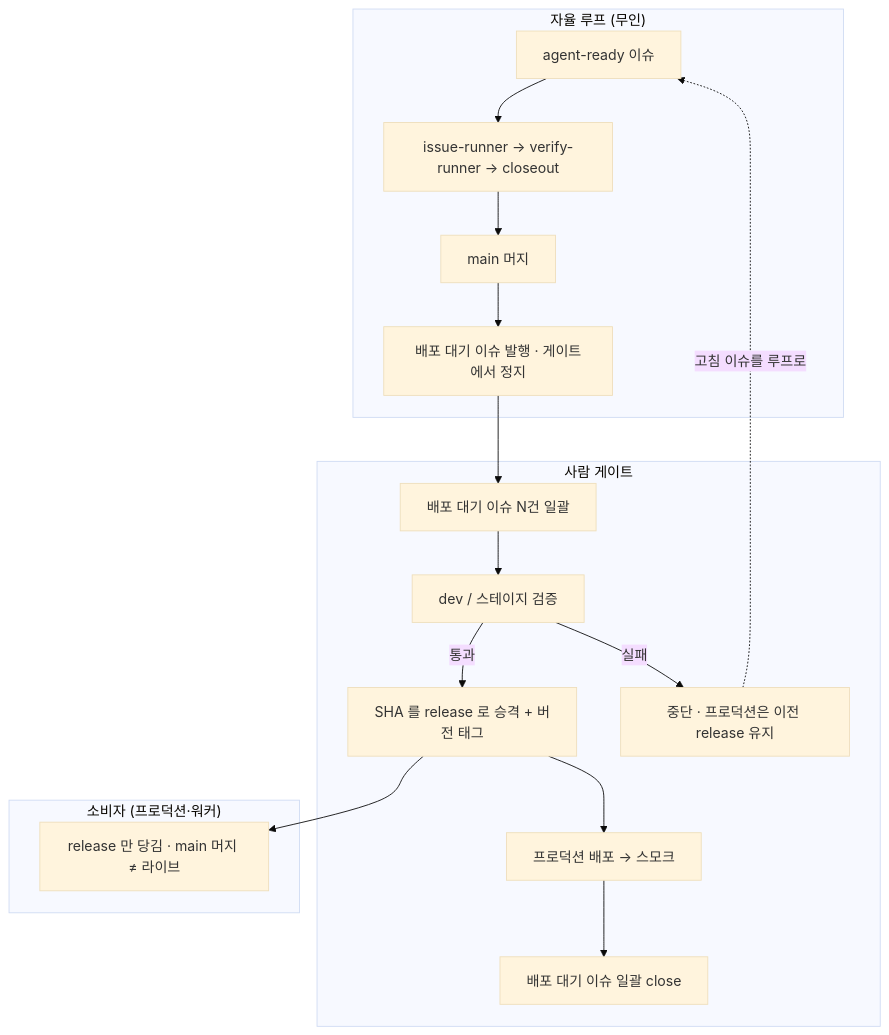
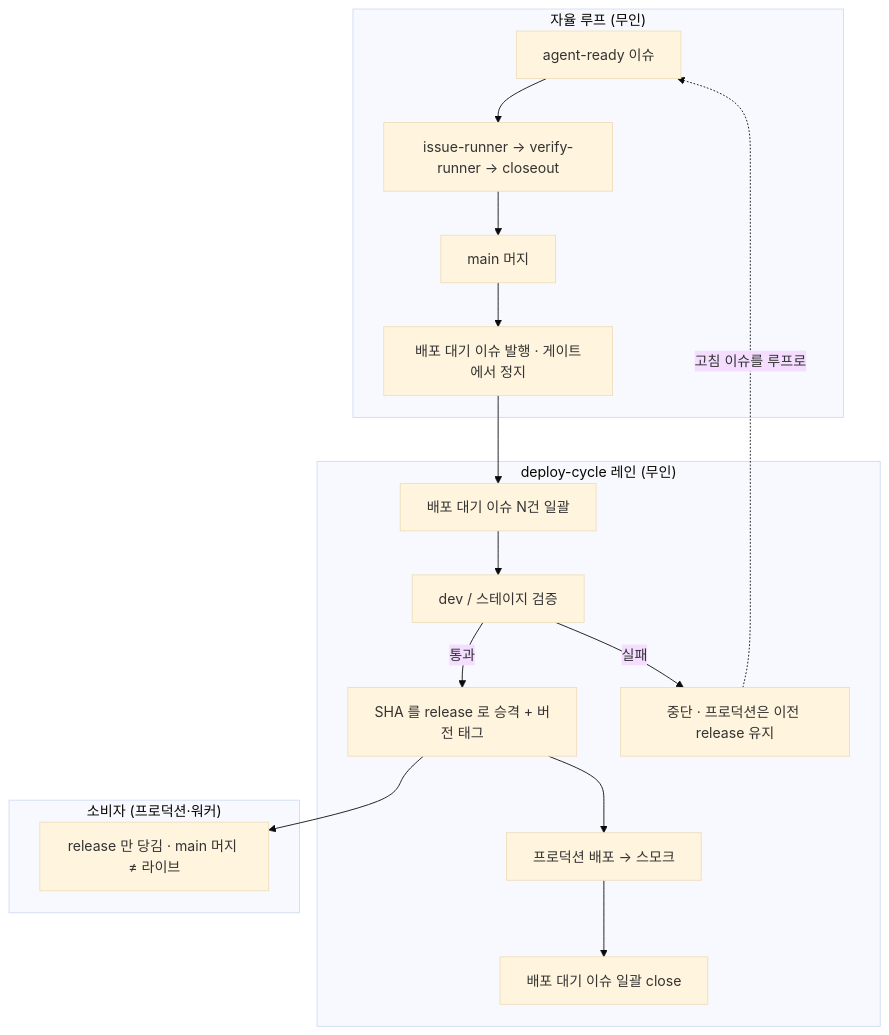
Before and after one commit to ggqgga/issue-runner: the second of 2 diagrams in README.ko.md, drawn with Mermaid (base theme). The commit also changed other lines of this file and 4 other files, not shown here.

First line of the commit message:
'사람 게이트' 잔여 두 자리 — README 한/영 배포 절 + closeout 5단계 진입 조건을 deploy-cycle 레인 주어로 (#310) (#326)

````diff
--- a/README.ko.md
+++ b/README.ko.md
@@ -161,21 +161,21 @@
 ```mermaid
 flowchart TD
   subgraph auto["자율 루프 (무인)"]
     A1["agent-ready 이슈"] --> A2["issue-runner → verify-runner → closeout"]
     A2 --> A3["main 머지"]
     A3 --> A4["배포 대기 이슈 발행 · 게이트에서 정지"]
   end
-  subgraph human["사람 게이트"]
+  subgraph lane["deploy-cycle 레인 (무인)"]
     H1["배포 대기 이슈 N건 일괄"] --> H2["dev / 스테이지 검증"]
     H2 -->|통과| H3["SHA 를 release 로 승격 + 버전 태그"]
     H3 --> H4["프로덕션 배포 → 스모크"]
     H4 --> H5["배포 대기 이슈 일괄 close"]
     H2 -->|실패| H6["중단 · 프로덕션은 이전 release 유지"]
   end
   subgraph consumer["소비자 (프로덕션·워커)"]
     C1["release 만 당김 · main 머지 ≠ 라이브"]
   end
   A4 --> H1
   H3 --> C1
   H6 -.->|고침 이슈를 루프로| A1
 ```
````
